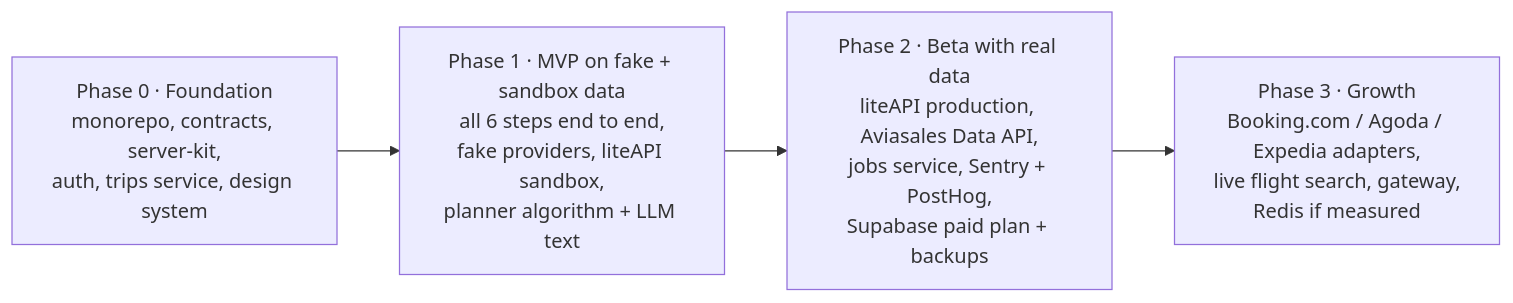
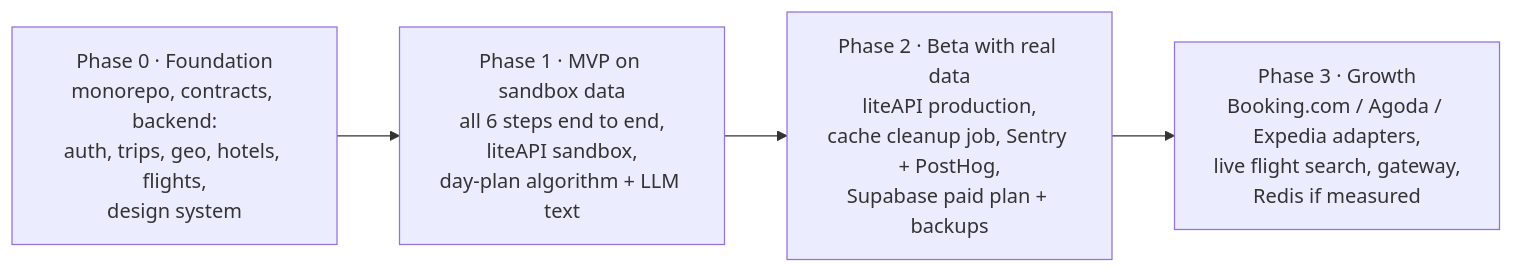
Before and after one commit to RayMand1234/Waypoint: the fourth of 4 diagrams in docs/architecture.md, drawn with Mermaid. The commit also changed other lines of this file and 2 other files, not shown here.

First line of the commit message:
Update docs for the single backend, step order and stay search

````diff
--- a/docs/architecture.md
+++ b/docs/architecture.md
@@ -458,8 +313,8 @@
 ```mermaid
 flowchart LR
-  P0["Phase 0 · Foundation<br/>monorepo, contracts, server-kit,<br/>auth, trips service, design system"]
-  P1["Phase 1 · MVP on fake + sandbox data<br/>all 6 steps end to end,<br/>fake providers, liteAPI sandbox,<br/>planner algorithm + LLM text"]
-  P2["Phase 2 · Beta with real data<br/>liteAPI production, Aviasales Data API,<br/>jobs service, Sentry + PostHog,<br/>Supabase paid plan + backups"]
+  P0["Phase 0 · Foundation<br/>monorepo, contracts, backend:<br/>auth, trips, geo, hotels, flights,<br/>design system"]
+  P1["Phase 1 · MVP on sandbox data<br/>all 6 steps end to end,<br/>liteAPI sandbox,<br/>day-plan algorithm + LLM text"]
+  P2["Phase 2 · Beta with real data<br/>liteAPI production,<br/>cache cleanup job, Sentry + PostHog,<br/>Supabase paid plan + backups"]
   P3["Phase 3 · Growth<br/>Booking.com / Agoda / Expedia adapters,<br/>live flight search, gateway,<br/>Redis if measured"]
   P0 --> P1 --> P2 --> P3
 ```
````
